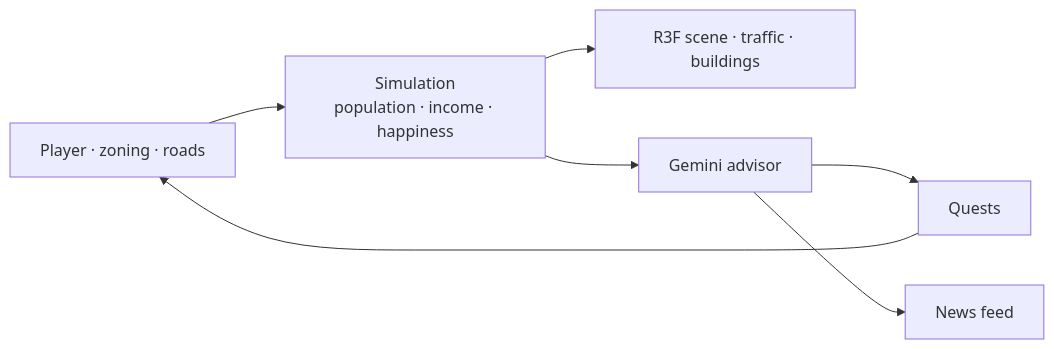
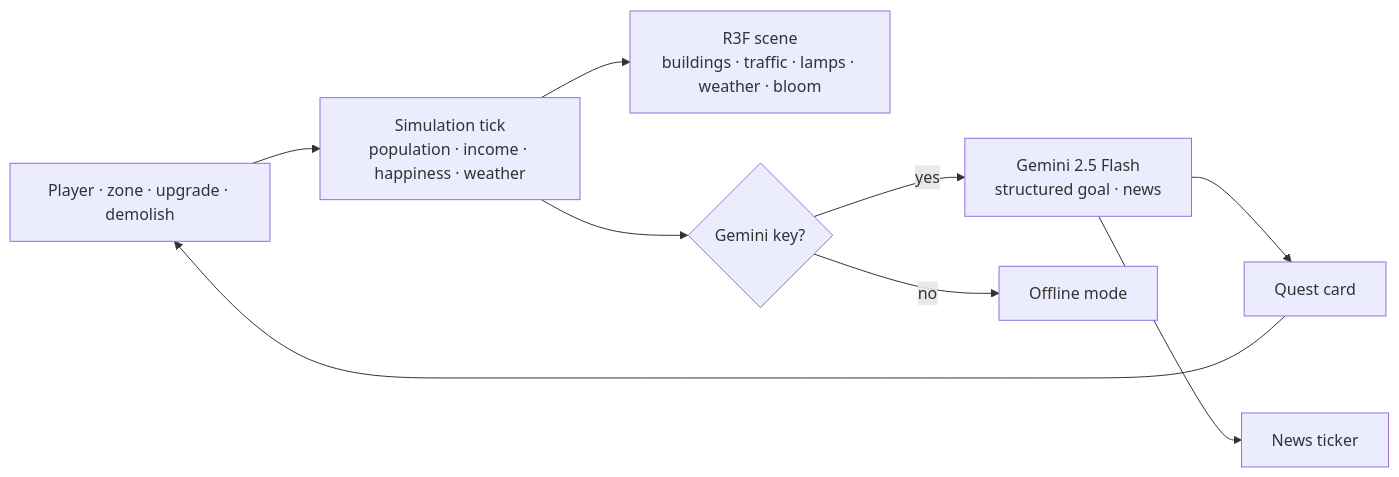
One commit to kutluhangil/CityVerse changed the diagram in README.md. Above: the diagram before and after it, drawn with Mermaid. The commit also changed other lines of this file and 3 other files, not shown here.

````diff
--- a/README.md
+++ b/README.md
@@ -32,9 +61,10 @@
 ```mermaid
 flowchart LR
-  P[Player · zoning · roads] --> SIM[Simulation<br/>population · income · happiness]
-  SIM --> R[R3F scene · traffic · buildings]
-  SIM --> AI[Gemini advisor]
-  AI --> Q[Quests]
-  AI --> N[News feed]
-  Q --> P
+  P[Player · zone · upgrade · demolish] --> SIM[Simulation tick<br/>population · income · happiness · weather]
+  SIM --> R[R3F scene<br/>buildings · traffic · lamps · weather · bloom]
+  SIM --> AI{Gemini key?}
+  AI -- yes --> G[Gemini 2.5 Flash<br/>structured goal · news]
+  AI -- no --> OFF[Offline mode]
+  G --> Q[Quest card] --> P
+  G --> N[News ticker]
 ```
````
